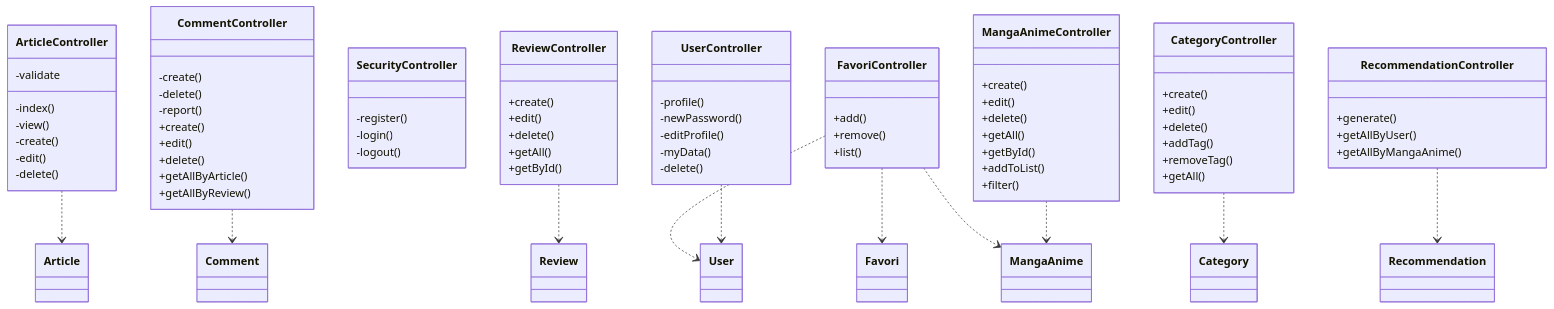
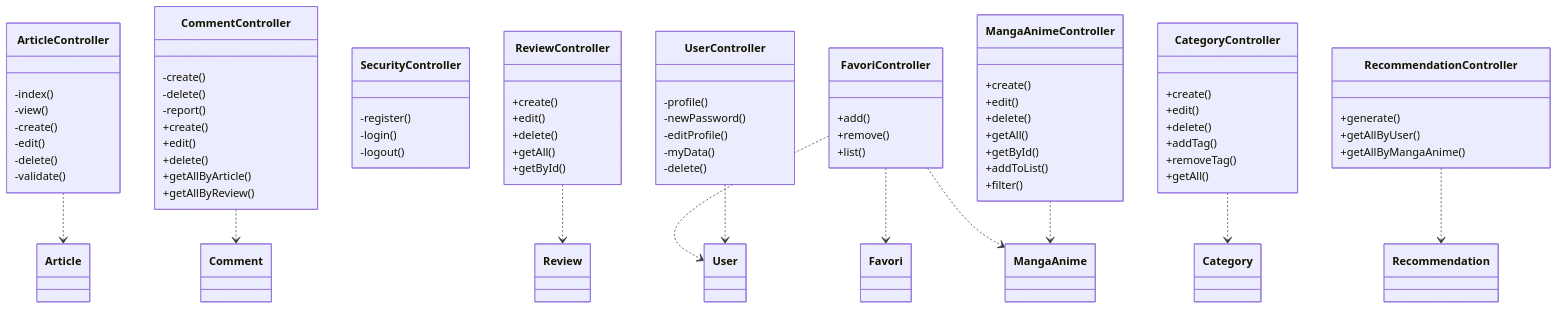
One commit to TraoreHamza/blogMangaAnime changed the second of 9 diagrams in Readmes.md. Above: the diagram before and after it, drawn with Mermaid. The commit also changed other lines of this file, not shown here.

Commit message:
Ajout d'un espace au début du fichier Readmes.md et mise à jour des types de données dans les diagrammes de classes pour les entités Review, Recommendation et Favori.

```diff
--- a/Readmes.md
+++ b/Readmes.md
@@ -162,7 +166,7 @@
     -create()
     -edit()
     -delete()
-    -validate
+    -validate()
   }
 
   class CommentController {
```
